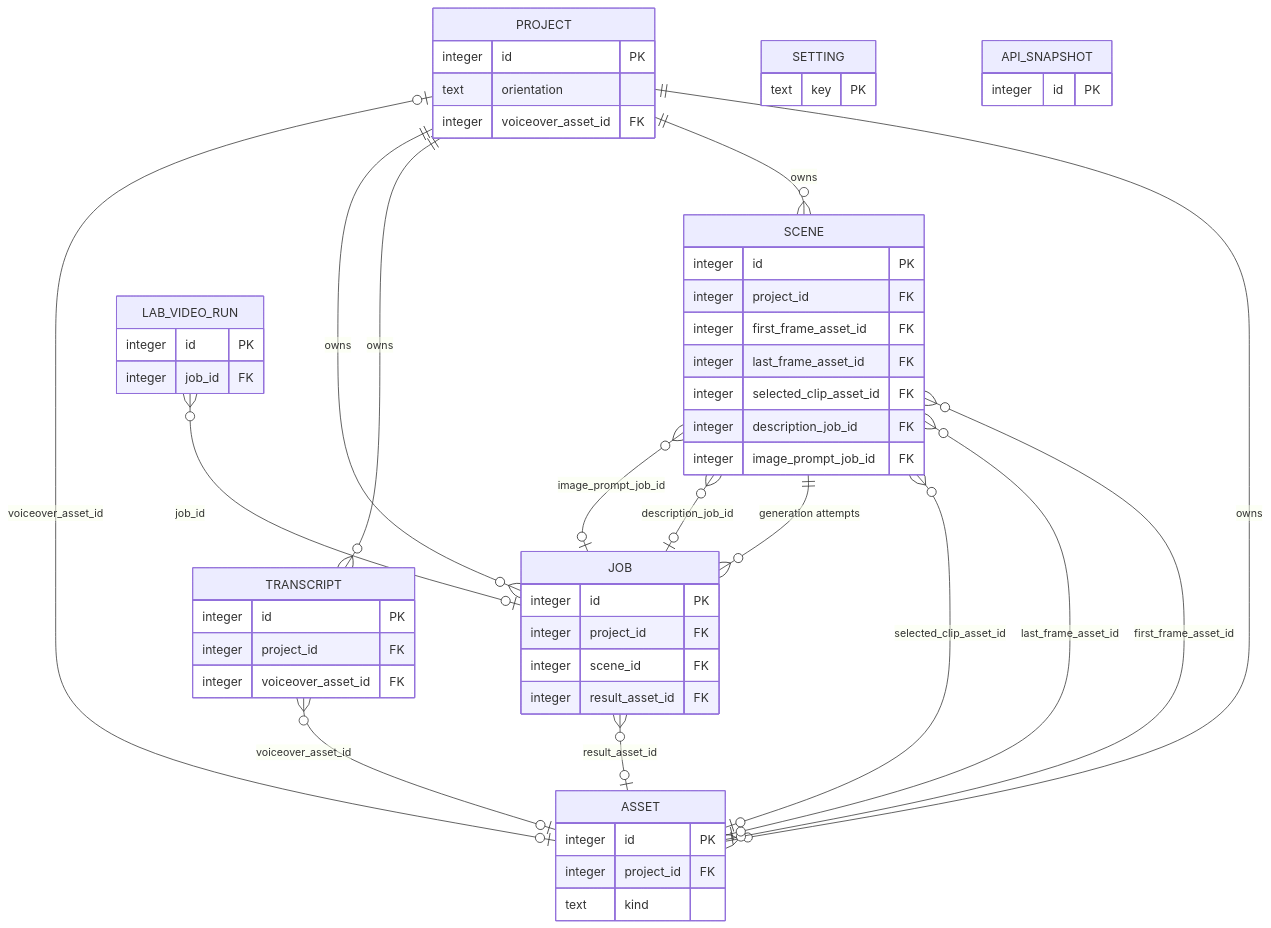
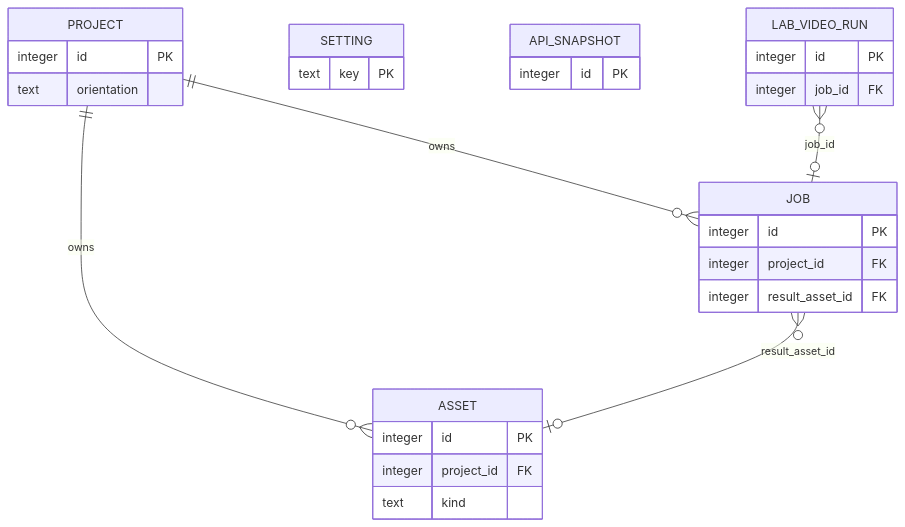
One commit to Joshi004/VisionStudio changed the diagram in DATABASE_STRUCTURE.md. Above: the diagram before and after it, drawn with Mermaid. The commit also changed other lines of this file and 165 other files, not shown here.

````diff
--- a/DATABASE_STRUCTURE.md
+++ b/DATABASE_STRUCTURE.md
@@ -92,58 +92,32 @@
 ```mermaid
 erDiagram
     PROJECT {
         integer id PK
         text orientation
-        integer voiceover_asset_id FK
     }
     ASSET {
         integer id PK
         integer project_id FK
         text kind
     }
-    TRANSCRIPT {
-        integer id PK
-        integer project_id FK
-        integer voiceover_asset_id FK
-    }
-    SCENE {
-        integer id PK
-        integer project_id FK
-        integer first_frame_asset_id FK
-        integer last_frame_asset_id FK
-        integer selected_clip_asset_id FK
-        integer description_job_id FK
-        integer image_prompt_job_id FK
-    }
     JOB {
         integer id PK
         integer project_id FK
-        integer scene_id FK
         integer result_asset_id FK
     }
     SETTING {
         text key PK
     }
     API_SNAPSHOT {
         integer id PK
     }
     LAB_VIDEO_RUN {
         integer id PK
         integer job_id FK
     }
 
     PROJECT ||--o{ ASSET         : "owns"
-    PROJECT ||--o{ SCENE         : "owns"
-    PROJECT ||--o{ TRANSCRIPT    : "owns"
     PROJECT ||--o{ JOB           : "owns"
-    PROJECT |o--o| ASSET         : "voiceover_asset_id"
-    TRANSCRIPT }o--o| ASSET      : "voiceover_asset_id"
-    SCENE   }o--o| ASSET         : "first_frame_asset_id"
-    SCENE   }o--o| ASSET         : "last_frame_asset_id"
-    SCENE   }o--o| ASSET         : "selected_clip_asset_id"
-    SCENE   ||--o{ JOB           : "generation attempts"
-    SCENE   }o--o| JOB           : "description_job_id"
-    SCENE   }o--o| JOB           : "image_prompt_job_id"
     JOB     }o--o| ASSET         : "result_asset_id"
     LAB_VIDEO_RUN }o--o| JOB     : "job_id"
 ```
````
